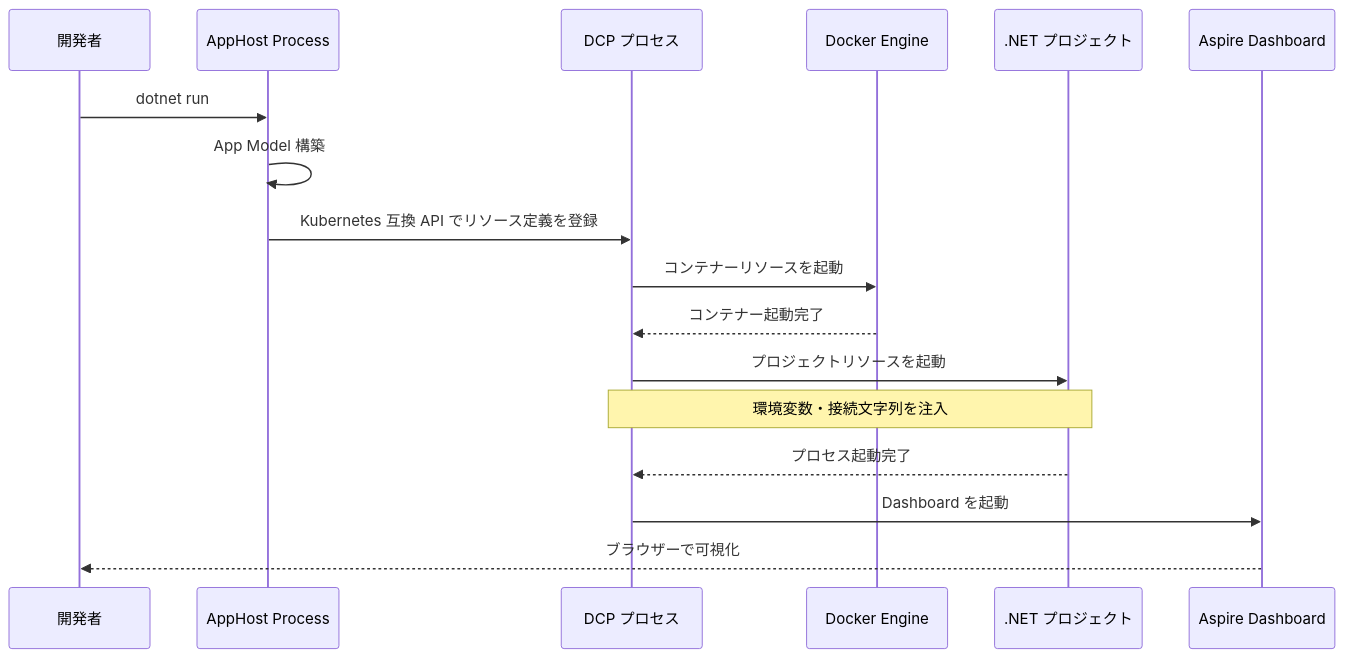
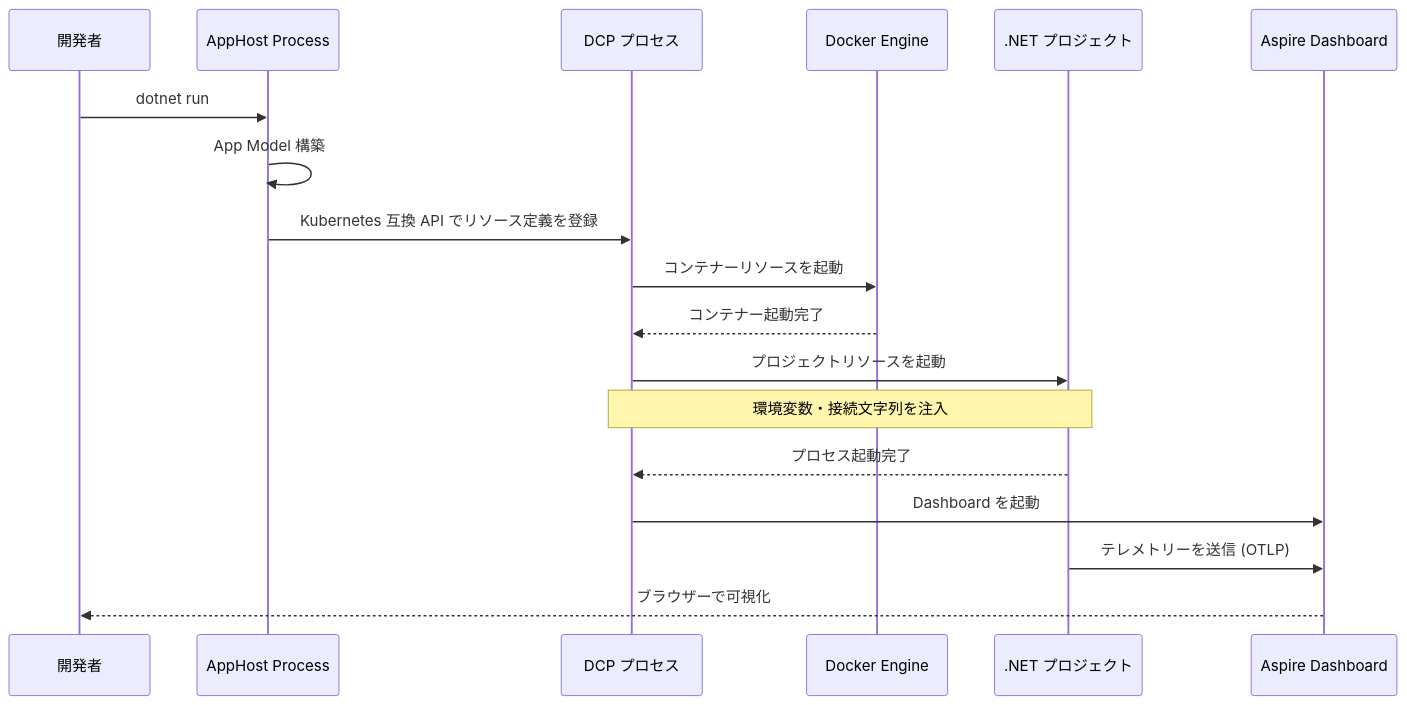
Before and after one commit to yoichiozaki/yoichiozaki.github.io: the fourth of 18 diagrams in content/blog/ja/dotnet-aspire.mdx, drawn with Mermaid. The commit also changed other lines of this file and 220 other files, not shown here.

````diff
--- a/content/blog/ja/dotnet-aspire.mdx
+++ b/content/blog/ja/dotnet-aspire.mdx
@@ -278,20 +278,21 @@
 ```mermaid
 sequenceDiagram
     participant Dev as 開発者
     participant AppHost as AppHost Process
     participant DCP as DCP プロセス
     participant Docker as Docker Engine
     participant Project as .NET プロジェクト
     participant Dashboard as Aspire Dashboard
 
     Dev->>AppHost: dotnet run
     AppHost->>AppHost: App Model 構築
     AppHost->>DCP: Kubernetes 互換 API でリソース定義を登録
     DCP->>Docker: コンテナーリソースを起動
     Docker-->>DCP: コンテナー起動完了
     DCP->>Project: プロジェクトリソースを起動
     Note over DCP,Project: 環境変数・接続文字列を注入
     Project-->>DCP: プロセス起動完了
     DCP->>Dashboard: Dashboard を起動
+    Project->>Dashboard: テレメトリーを送信 (OTLP)
     Dashboard-->>Dev: ブラウザーで可視化
 ```
````
